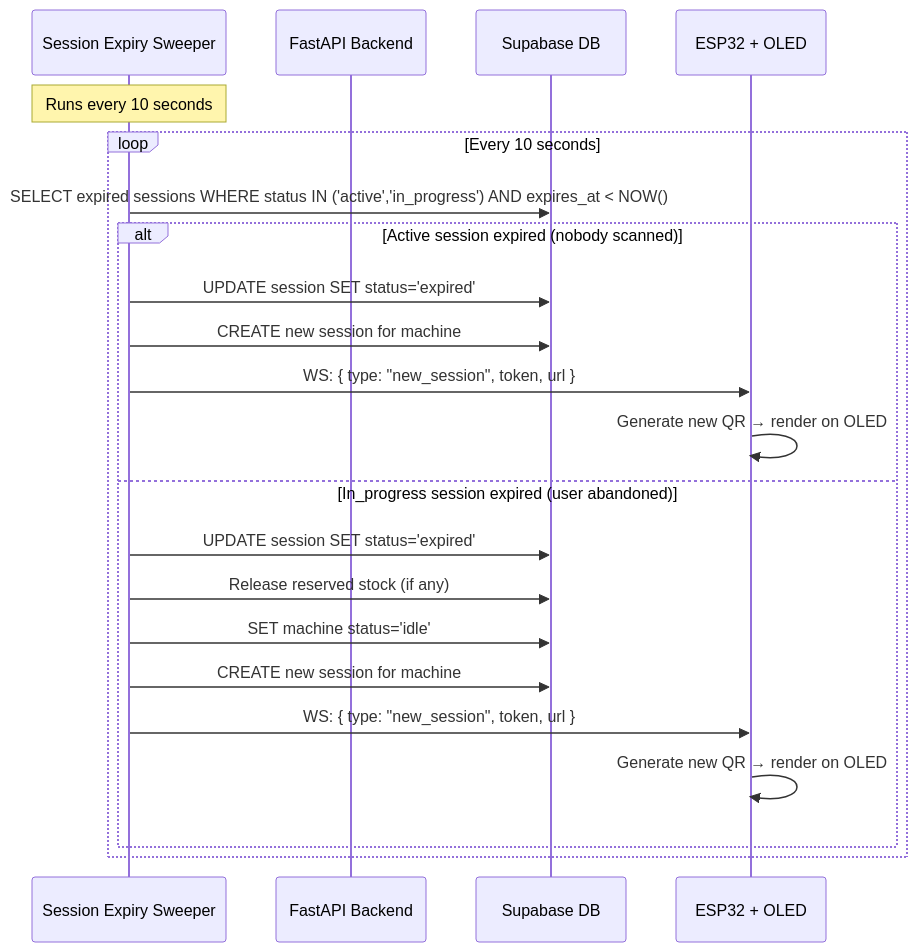
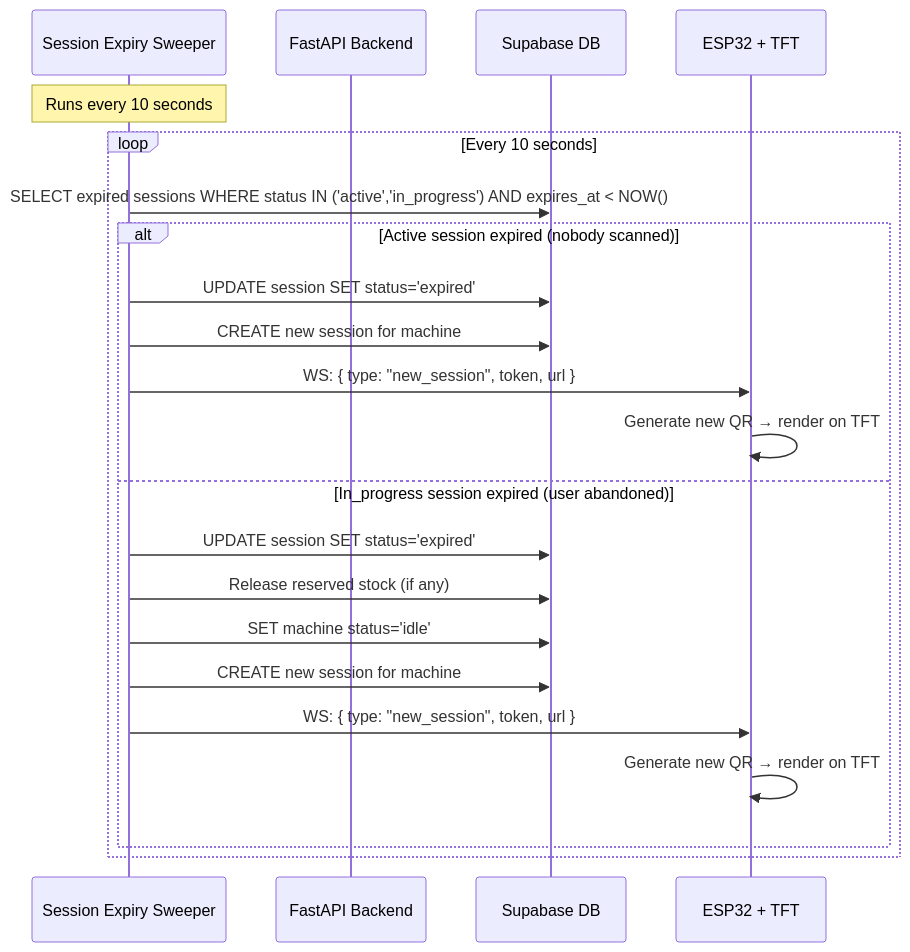
One commit to gouthamlingoju/SmartVend changed the fourth of 11 diagrams in UML_Diagrams.md. Above: the diagram before and after it, drawn with Mermaid. The commit also changed other lines of this file and 10 other files, not shown here.

Commit message:
Align TFT wiring and generate full URL QR session links

````diff
--- a/UML_Diagrams.md
+++ b/UML_Diagrams.md
@@ -276,25 +276,25 @@
 ```mermaid
 sequenceDiagram
     participant Sweeper as Session Expiry Sweeper
     participant API as FastAPI Backend
     participant DB as Supabase DB
-    participant ESP as ESP32 + OLED
+    participant ESP as ESP32 + TFT
 
     Note over Sweeper: Runs every 10 seconds
     loop Every 10 seconds
         Sweeper->>DB: SELECT expired sessions WHERE status IN ('active','in_progress') AND expires_at < NOW()
         alt Active session expired (nobody scanned)
             Sweeper->>DB: UPDATE session SET status='expired'
             Sweeper->>DB: CREATE new session for machine
             Sweeper->>ESP: WS: { type: "new_session", token, url }
-            ESP->>ESP: Generate new QR → render on OLED
+            ESP->>ESP: Generate new QR → render on TFT
         else In_progress session expired (user abandoned)
             Sweeper->>DB: UPDATE session SET status='expired'
             Sweeper->>DB: Release reserved stock (if any)
             Sweeper->>DB: SET machine status='idle'
             Sweeper->>DB: CREATE new session for machine
             Sweeper->>ESP: WS: { type: "new_session", token, url }
-            ESP->>ESP: Generate new QR → render on OLED
+            ESP->>ESP: Generate new QR → render on TFT
         end
     end
 ```
````
